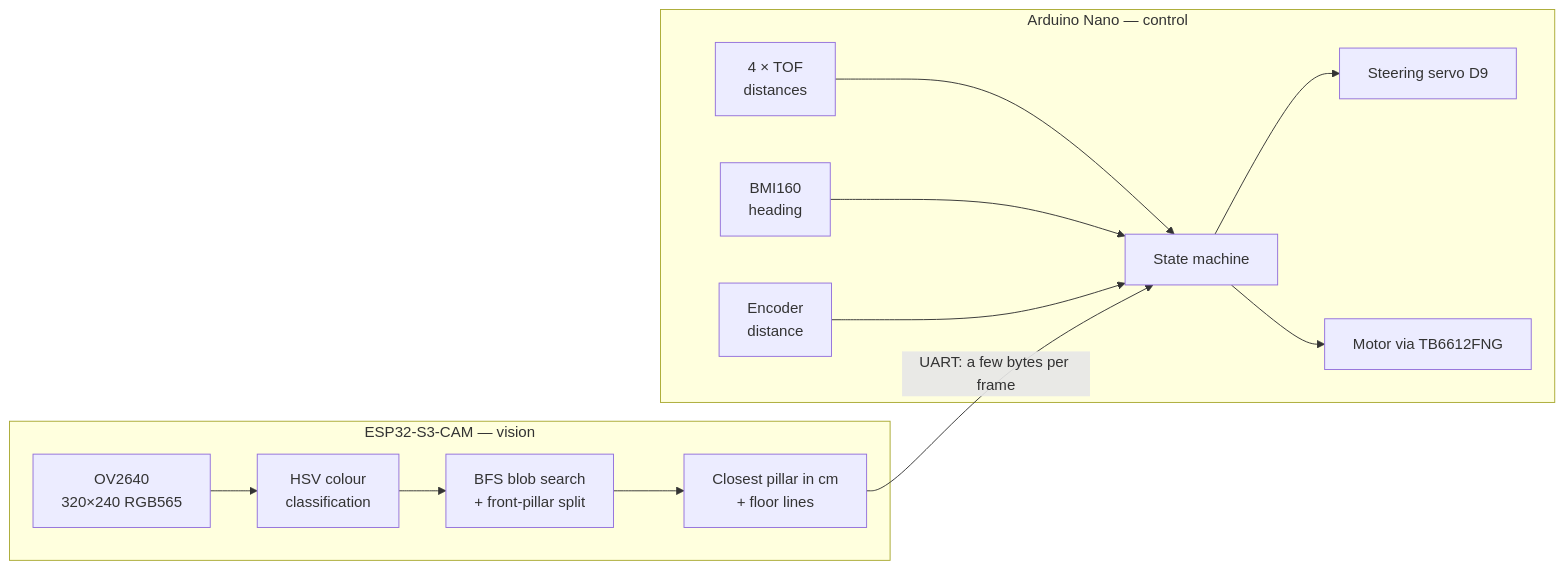
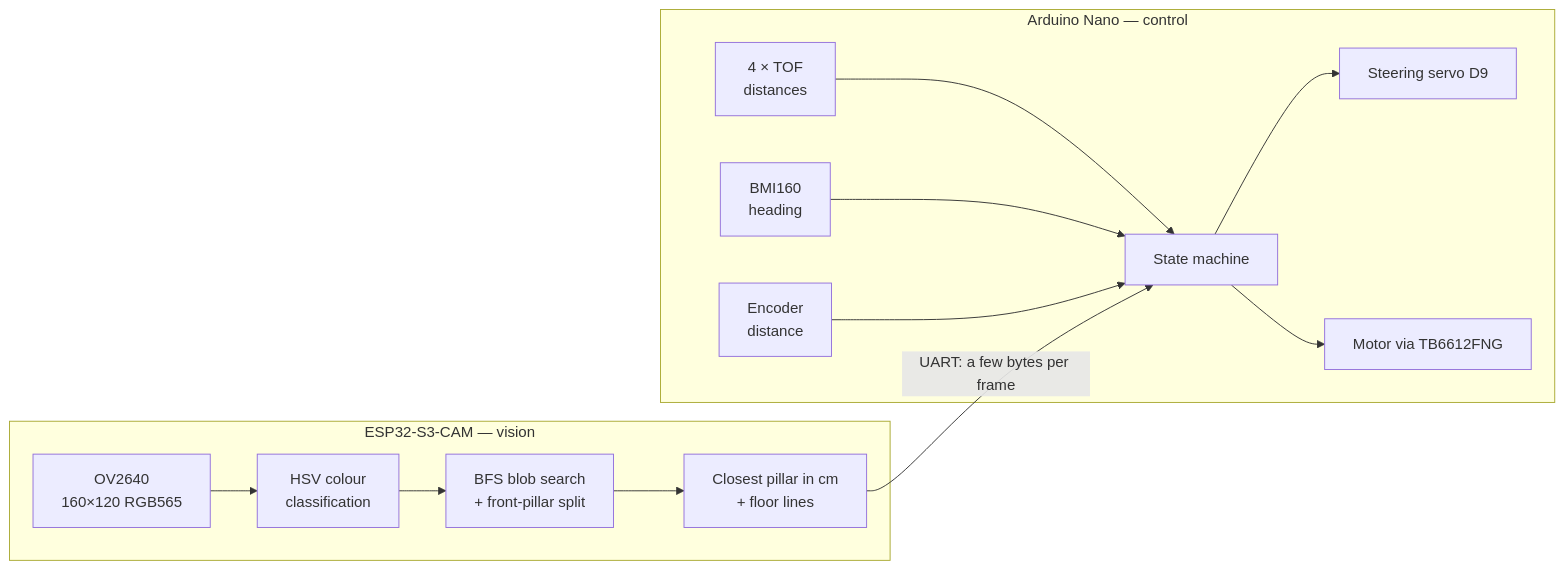
One commit to henryalejandrorieraloza-sudo/WRO-2026-Future-Engineers-Journal changed the first of 3 diagrams in README.md. Above: the diagram before and after it, drawn with Mermaid. The commit also changed other lines of this file and 18 other files, not shown here.

````diff
--- a/README.md
+++ b/README.md
@@ -344,16 +344,16 @@
 ```mermaid
 flowchart LR
     subgraph CAM["ESP32-S3-CAM — vision"]
-        A[OV2640<br>320×240 RGB565] --> B[HSV colour<br>classification]
+        A[OV2640<br>160×120 RGB565] --> B[HSV colour<br>classification]
         B --> C[BFS blob search<br>+ front-pillar split]
         C --> D[Closest pillar in cm<br>+ floor lines]
     end
     subgraph NANO["Arduino Nano — control"]
         E[4 × TOF<br>distances] --> H[State machine]
         F[BMI160<br>heading] --> H
         G[Encoder<br>distance] --> H
         H --> I[Steering servo D9]
         H --> J[Motor via TB6612FNG]
     end
     D -- "UART: a few bytes per frame" --> H
 ```
````
